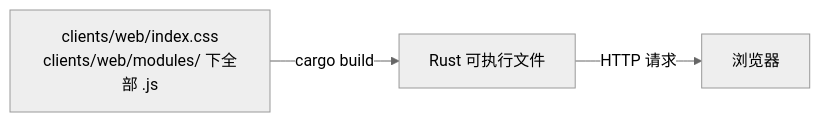
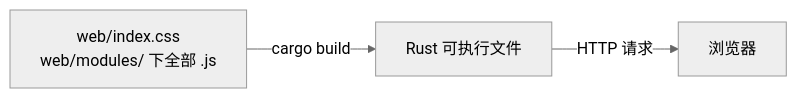
The first of 6 diagrams in docs/beginner-guide/06-frontend-guide.md (isarmg/dufs-ram-server), drawn with Mermaid (neutral theme) before and after one commit. The commit also changed other lines of this file and 71 other files, not shown here.

````diff
--- a/docs/beginner-guide/06-frontend-guide.md
+++ b/docs/beginner-guide/06-frontend-guide.md
@@ -51,5 +51,5 @@
 ```mermaid
 flowchart LR
-    A[clients/web/index.css<br/>clients/web/modules/ 下全部 .js] -->|cargo build| B[Rust 可执行文件]
+    A[web/index.css<br/>web/modules/ 下全部 .js] -->|cargo build| B[Rust 可执行文件]
     B -->|HTTP 请求| C[浏览器]
 ```
````
